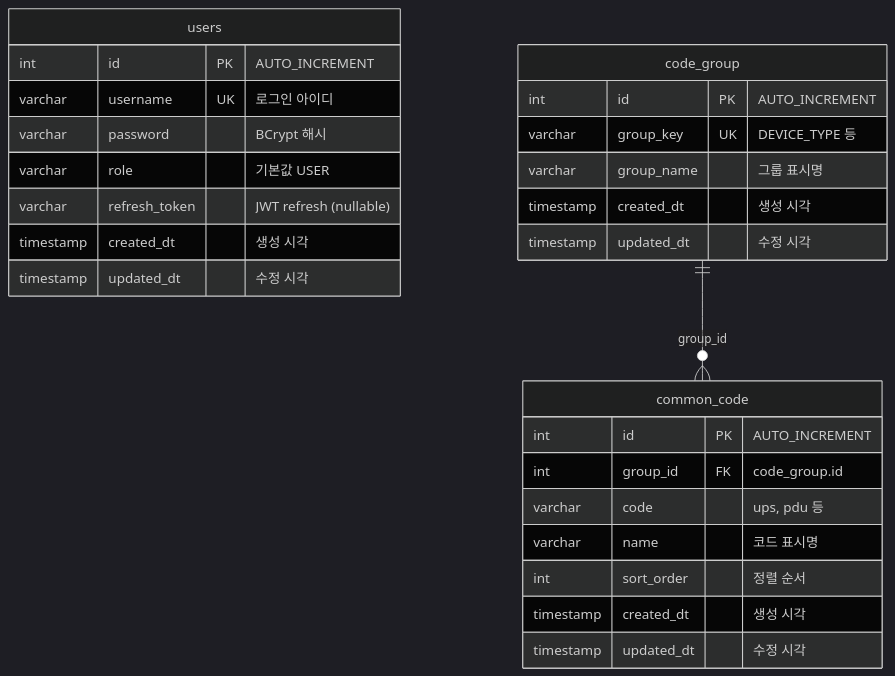
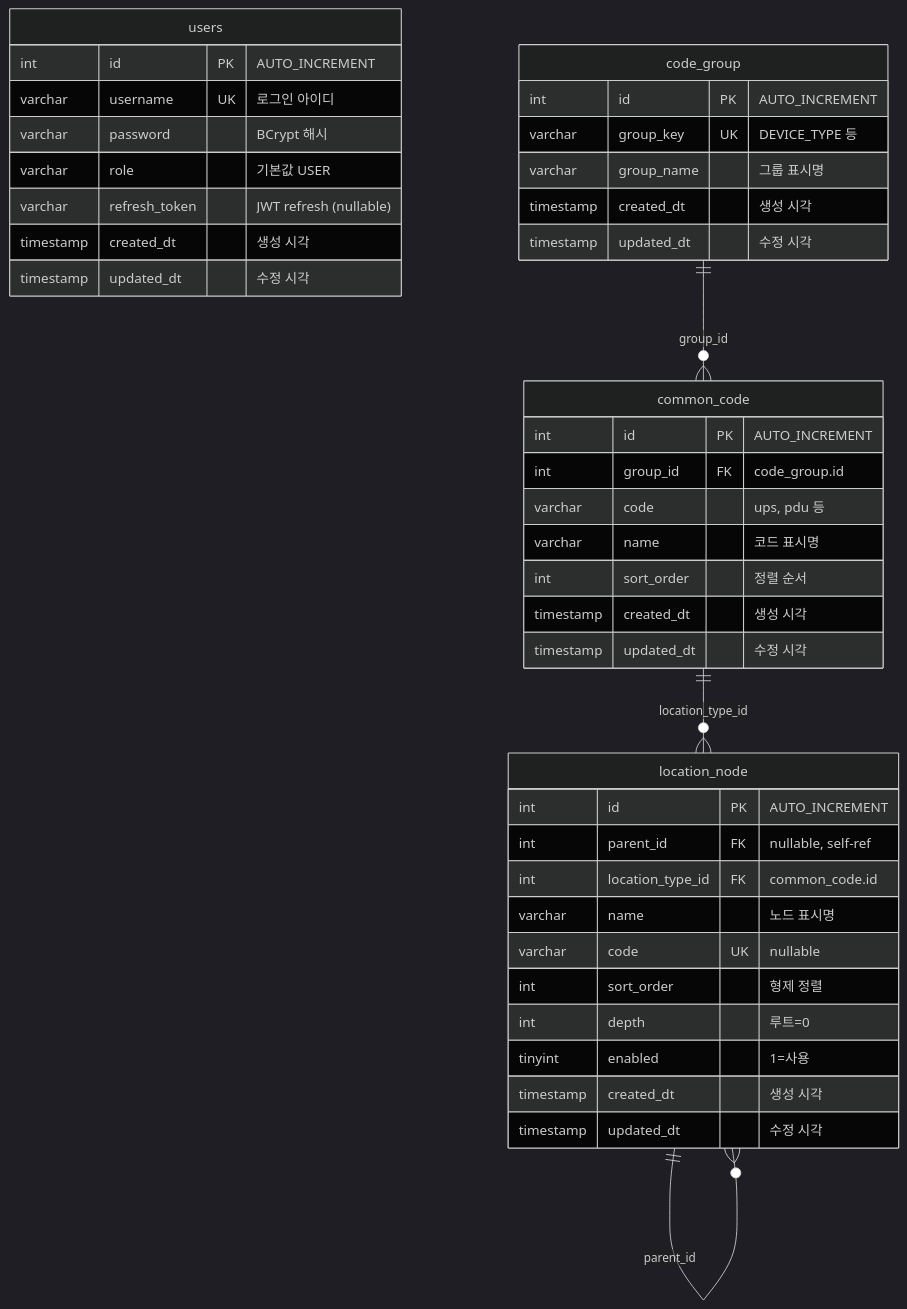
Before and after one commit to SHINBOGEUN/dcim: the diagram in docs/ERD.md, drawn with Mermaid (dark theme). The commit also changed other lines of this file and 14 other files, not shown here.

First line of the commit message:
feat(location): location_node 스키마 및 모듈 기반 구조 추가

````diff
--- a/docs/ERD.md
+++ b/docs/ERD.md
@@ -14,32 +14,47 @@
 ```mermaid
 erDiagram
     users {
         int id PK "AUTO_INCREMENT"
         varchar username UK "로그인 아이디"
         varchar password "BCrypt 해시"
         varchar role "기본값 USER"
         varchar refresh_token "JWT refresh (nullable)"
         timestamp created_dt "생성 시각"
         timestamp updated_dt "수정 시각"
     }
 
     code_group {
         int id PK "AUTO_INCREMENT"
         varchar group_key UK "DEVICE_TYPE 등"
         varchar group_name "그룹 표시명"
         timestamp created_dt "생성 시각"
         timestamp updated_dt "수정 시각"
     }
 
     common_code {
         int id PK "AUTO_INCREMENT"
         int group_id FK "code_group.id"
         varchar code "ups, pdu 등"
         varchar name "코드 표시명"
         int sort_order "정렬 순서"
         timestamp created_dt "생성 시각"
         timestamp updated_dt "수정 시각"
     }
 
+    location_node {
+        int id PK "AUTO_INCREMENT"
+        int parent_id FK "nullable, self-ref"
+        int location_type_id FK "common_code.id"
+        varchar name "노드 표시명"
+        varchar code UK "nullable"
+        int sort_order "형제 정렬"
+        int depth "루트=0"
+        tinyint enabled "1=사용"
+        timestamp created_dt "생성 시각"
+        timestamp updated_dt "수정 시각"
+    }
+
     code_group ||--o{ common_code : "group_id"
+    common_code ||--o{ location_node : "location_type_id"
+    location_node ||--o{ location_node : "parent_id"
 ```
````
